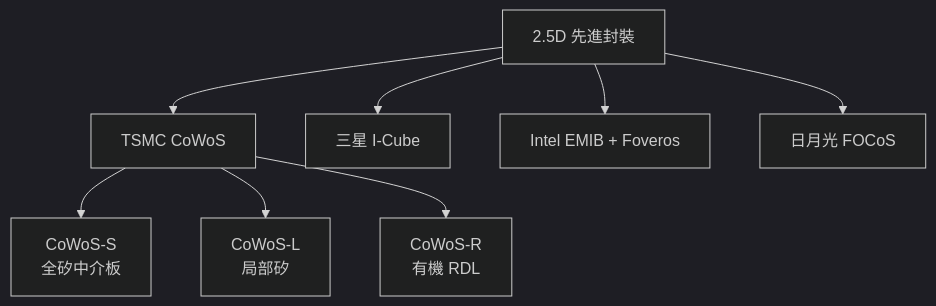
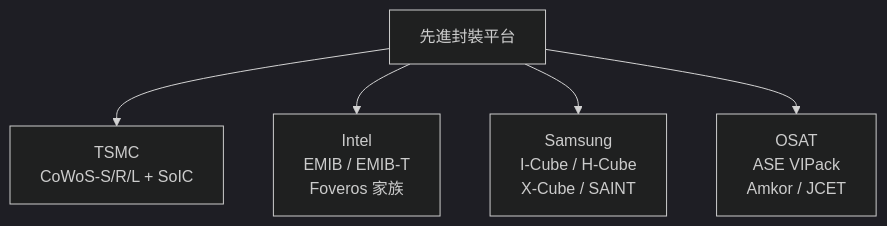
The first of 2 diagrams in docs/cowos/09-competing-technologies.md (wizardhsiehcom/book), drawn with Mermaid (dark theme) before and after one commit. The commit also changed other lines of this file and 33 other files, not shown here.

````diff
--- a/docs/cowos/09-competing-technologies.md
+++ b/docs/cowos/09-competing-technologies.md
@@ -7,11 +9,8 @@
 ```mermaid
 flowchart TD
-    AP["2.5D 先進封裝"] --> TSMC["TSMC CoWoS"]
-    AP --> Samsung["三星 I-Cube"]
-    AP --> Intel["Intel EMIB + Foveros"]
-    AP --> ASE["日月光 FOCoS"]
-
-    TSMC --> CS["CoWoS-S<br/>全矽中介板"]
-    TSMC --> CL["CoWoS-L<br/>局部矽"]
-    TSMC --> CR["CoWoS-R<br/>有機 RDL"]
+    AP["先進封裝平台"]
+    AP --> TSMC["TSMC<br/>CoWoS-S/R/L + SoIC"]
+    AP --> INTEL["Intel<br/>EMIB / EMIB-T<br/>Foveros 家族"]
+    AP --> SAMSUNG["Samsung<br/>I-Cube / H-Cube<br/>X-Cube / SAINT"]
+    AP --> OSAT["OSAT<br/>ASE VIPack<br/>Amkor / JCET"]
 ```
````
